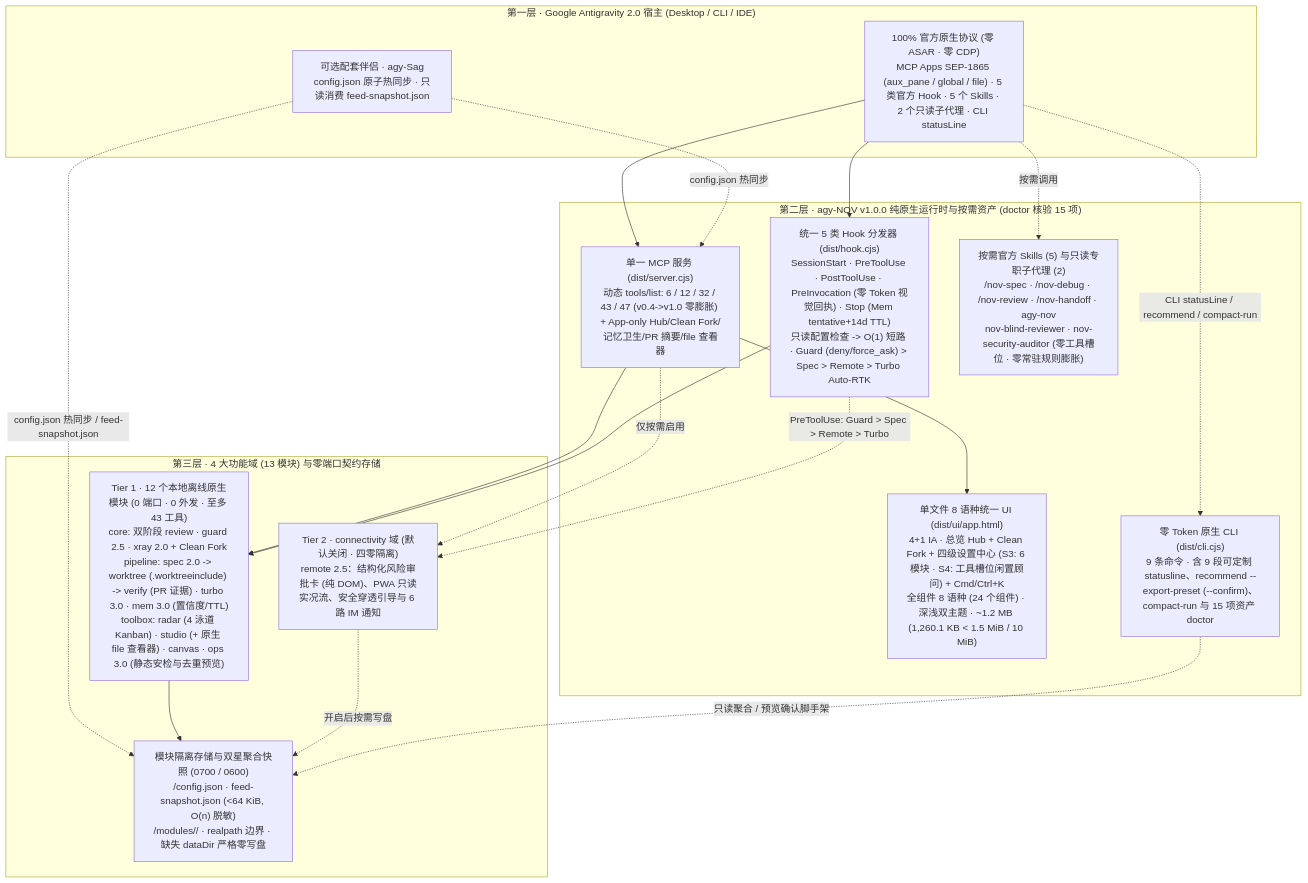
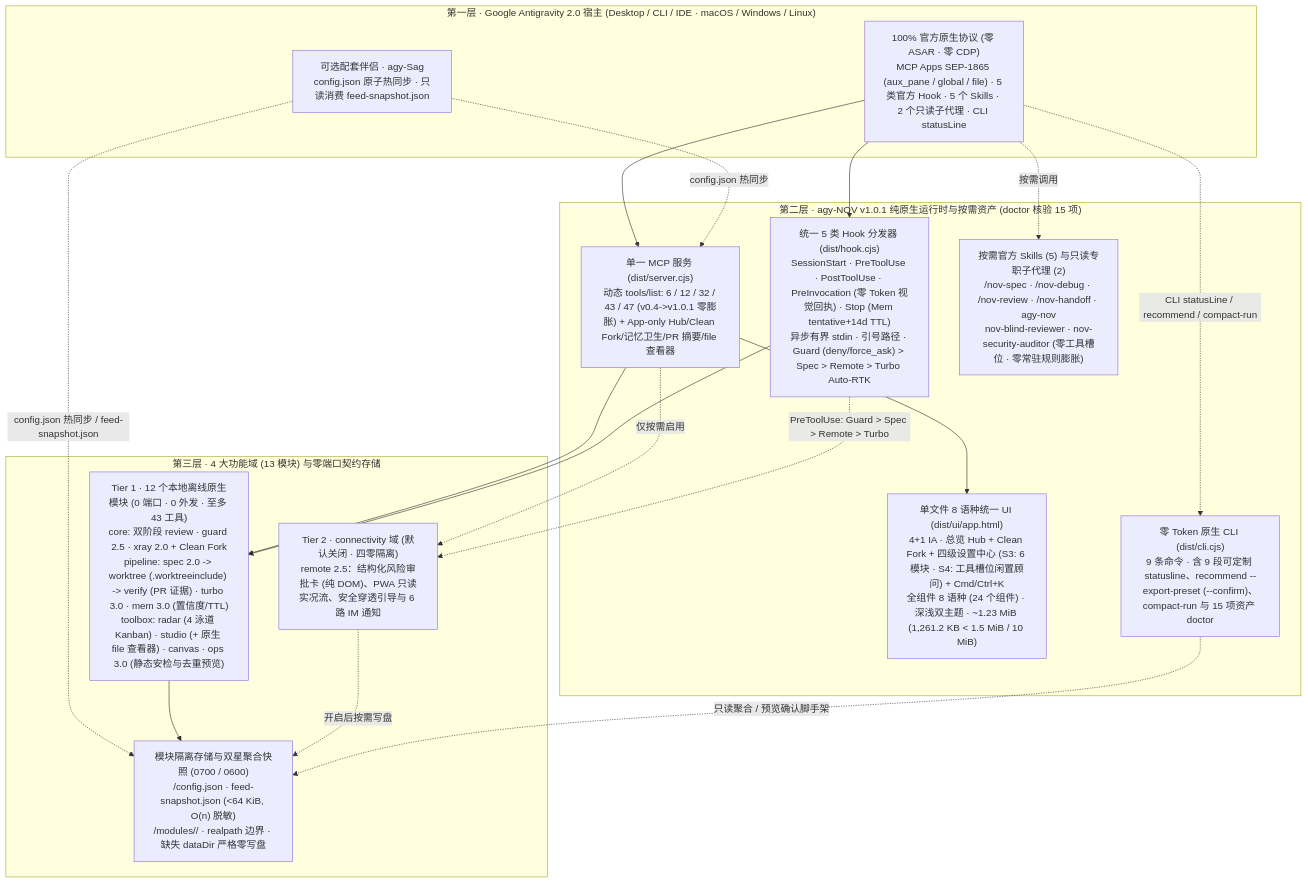
One commit to tone-leh/agy-NOV changed the diagram in docs/i18n/README.zh-CN.md. Above: the diagram before and after it, drawn with Mermaid. The commit also changed other lines of this file and 69 other files, not shown here.

Commit message:
fix(v1.0.1): Windows/Linux full cross-platform support and agy-Sag companion links

````diff
--- a/docs/i18n/README.zh-CN.md
+++ b/docs/i18n/README.zh-CN.md
@@ -257,36 +266,36 @@
 ```mermaid
 flowchart TB
-  subgraph L1["第一层 · Google Antigravity 2.0 宿主 (Desktop / CLI / IDE)"]
+  subgraph L1["第一层 · Google Antigravity 2.0 宿主 (Desktop / CLI / IDE · macOS / Windows / Linux)"]
     Host["100% 官方原生协议 (零 ASAR · 零 CDP)\nMCP Apps SEP-1865 (aux_pane / global / file) · 5 类官方 Hook · 5 个 Skills · 2 个只读子代理 · CLI statusLine"]
     Sag["可选配套伴侣 · agy-Sag\nconfig.json 原子热同步 · 只读消费 feed-snapshot.json"]
   end
 
-  subgraph L2["第二层 · agy-NOV v1.0.0 纯原生运行时与按需资产 (doctor 核验 15 项)"]
-    MCP["单一 MCP 服务 (dist/server.cjs)\n动态 tools/list: 6 / 12 / 32 / 43 / 47 (v0.4->v1.0 零膨胀) + App-only Hub/Clean Fork/记忆卫生/PR 摘要/file 查看器"]
-    Hook["统一 5 类 Hook 分发器 (dist/hook.cjs)\nSessionStart · PreToolUse · PostToolUse · PreInvocation (零 Token 视觉回执) · Stop (Mem tentative+14d TTL)\n只读配置检查 -> O(1) 短路 · Guard (deny/force_ask) > Spec > Remote > Turbo Auto-RTK"]
-    UI["单文件 8 语种统一 UI (dist/ui/app.html)\n4+1 IA · 总览 Hub + Clean Fork + 四级设置中心 (S3: 6 模块 · S4: 工具槽位闲置顾问) + Cmd/Ctrl+K\n全组件 8 语种 (24 个组件) · 深浅双主题 · ~1.2 MB (1,260.1 KB < 1.5 MiB / 10 MiB)"]
+  subgraph L2["第二层 · agy-NOV v1.0.1 纯原生运行时与按需资产 (doctor 核验 15 项)"]
+    MCP["单一 MCP 服务 (dist/server.cjs)\n动态 tools/list: 6 / 12 / 32 / 43 / 47 (v0.4->v1.0.1 零膨胀) + App-only Hub/Clean Fork/记忆卫生/PR 摘要/file 查看器"]
+    Hook["统一 5 类 Hook 分发器 (dist/hook.cjs)\nSessionStart · PreToolUse · PostToolUse · PreInvocation (零 Token 视觉回执) · Stop (Mem tentative+14d TTL)\n异步有界 stdin · 引号路径 · Guard (deny/force_ask) > Spec > Remote > Turbo Auto-RTK"]
+    UI["单文件 8 语种统一 UI (dist/ui/app.html)\n4+1 IA · 总览 Hub + Clean Fork + 四级设置中心 (S3: 6 模块 · S4: 工具槽位闲置顾问) + Cmd/Ctrl+K\n全组件 8 语种 (24 个组件) · 深浅双主题 · ~1.23 MiB (1,261.2 KB < 1.5 MiB / 10 MiB)"]
     Playbooks["按需官方 Skills (5) 与只读专职子代理 (2)\n/nov-spec · /nov-debug · /nov-review · /nov-handoff · agy-nov\nnov-blind-reviewer · nov-security-auditor (零工具槽位 · 零常驻规则膨胀)"]
     CLI["零 Token 原生 CLI (dist/cli.cjs)\n9 条命令 · 含 9 段可定制 statusline、recommend --export-preset (--confirm)、compact-run 与 15 项资产 doctor"]
   end
 
   subgraph L3["第三层 · 4 大功能域 (13 模块) 与零端口契约存储"]
     T1["Tier 1 · 12 个本地离线原生模块 (0 端口 · 0 外发 · 至多 43 工具)\ncore: 双阶段 review · guard 2.5 · xray 2.0 + Clean Fork\npipeline: spec 2.0 -> worktree (.worktreeinclude) -> verify (PR 证据) · turbo 3.0 · mem 3.0 (置信度/TTL)\ntoolbox: radar (4 泳道 Kanban) · studio (+ 原生 file 查看器) · canvas · ops 3.0 (静态安检与去重预览)"]
     T2R["Tier 2 · connectivity 域 (默认关闭 · 四零隔离)\nremote 2.5：结构化风险审批卡 (纯 DOM)、PWA 只读实况流、安全穿透引导与 6 路 IM 通知"]
     Store["模块隔离存储与双星聚合快照 (0700 / 0600)\n<dataDir>/config.json · feed-snapshot.json (<64 KiB, O(n) 脱敏)\n<dataDir>/modules/<id>/ · realpath 边界 · 缺失 dataDir 严格零写盘"]
   end
 
   Host --> MCP
   Host --> Hook
   Host -. "按需调用" .-> Playbooks
   Host -. "CLI statusLine / recommend / compact-run" .-> CLI
   Sag -. "config.json 热同步 / feed-snapshot.json" .-> Store
   Sag -. "config.json 热同步" .-> MCP
   MCP --> UI
   MCP --> T1
   MCP -. "仅按需启用" .-> T2R
   Hook --> T1
   Hook -. "PreToolUse: Guard > Spec > Remote > Turbo" .-> T2R
   T1 --> Store
   T2R -. "开启后按需写盘" .-> Store
   CLI -. "只读聚合 / 预览确认脚手架" .-> Store
 ```
````
